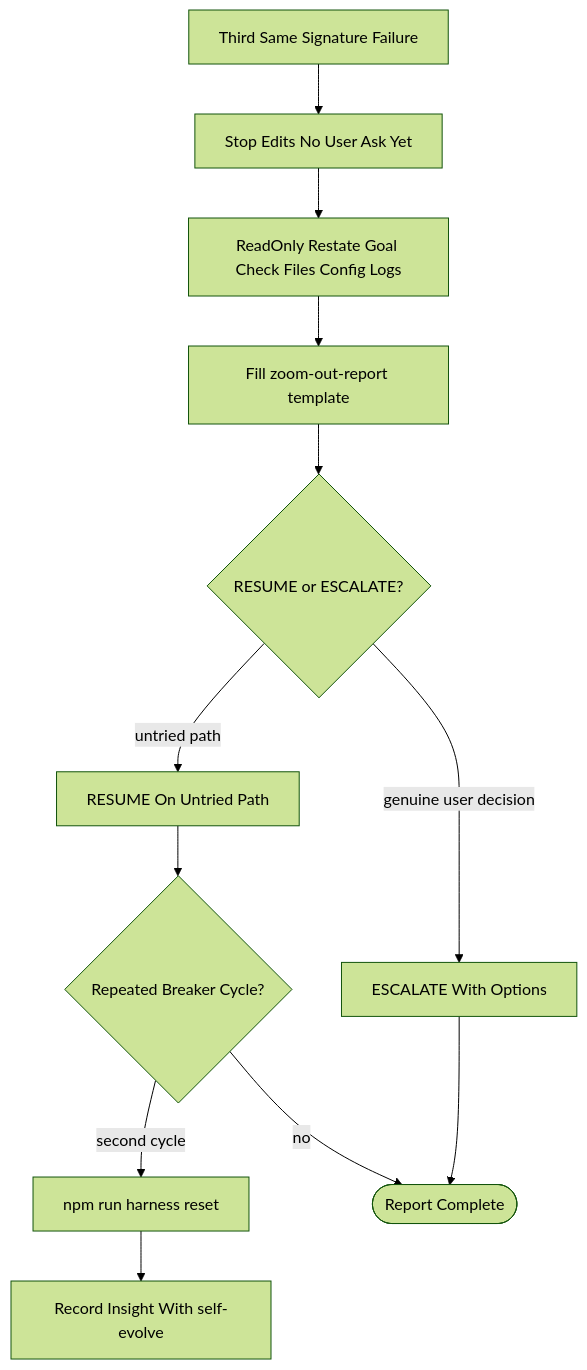
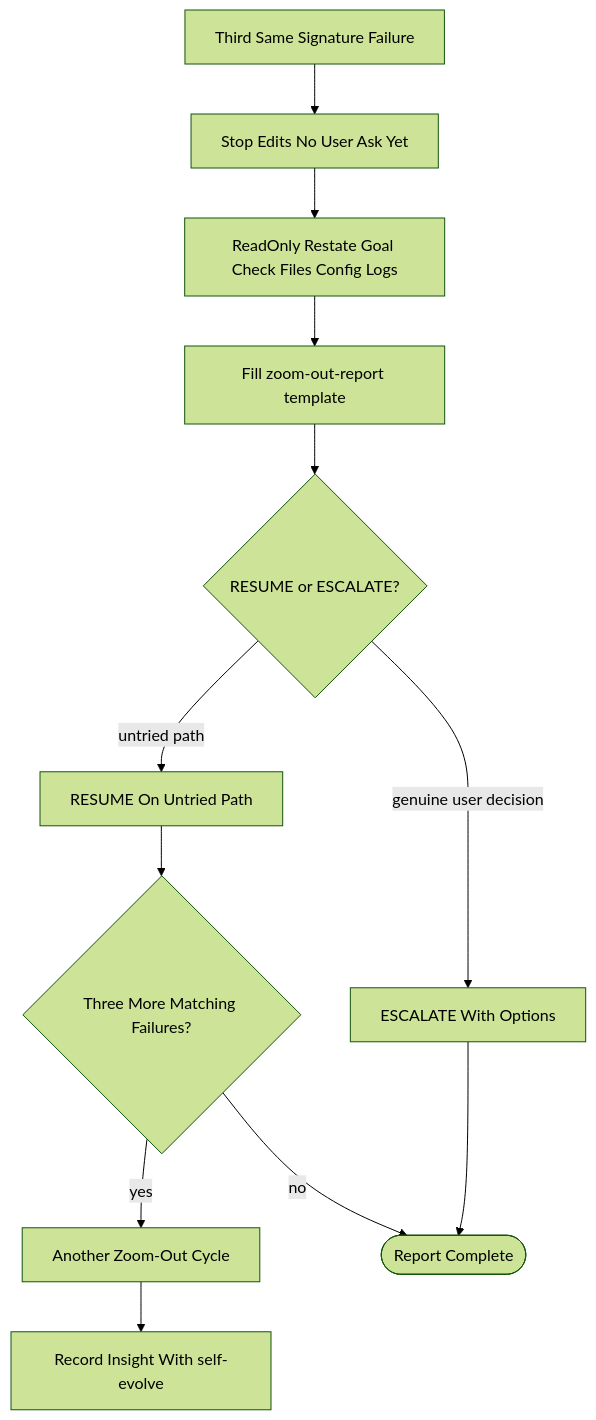
One commit to dyphn1/Harness-everything changed the first of 3 diagrams in docs/workflows/zoom-out.md. Above: the diagram before and after it, drawn with Mermaid (forest theme). The commit also changed other lines of this file, not shown here.

Commit message:
docs(zoom-out): Align workflow doc with advisory re-trip contract (#201)
PR #199 fixed zoom-out/SKILL.md, its circuit-breaker reference, the
OpenCode README and the packaged copies, but docs/workflows/zoom-out.md
still described the pre-#190 escalation: a "Contract summary from
SKILL.md" that contradicted SKILL.md, both Mermaid diagrams routing a
repeated cycle into `npm run harness:reset`, and a checklist item
requiring that reset after the second cycle.

Current behavior: a valid report releases the breaker, three more
same-signature failures request another zoom-out, and `harness:reset`
is an optional manual clear rather than a required escalation step.
Summary line, both diagrams and the checklist now say that; the doc
structure and both Mermaid fences stay valid (ci/disclosure-check.js).

Claude-Session: https://claude.ai/code/session_01XTT9Jw7ibonYU1vTrUvgg3

````diff
--- a/docs/workflows/zoom-out.md
+++ b/docs/workflows/zoom-out.md
@@ -11,14 +11,14 @@
 ```mermaid
 graph TD
   Third[Third Same Signature Failure] --> Stop[Stop Edits No User Ask Yet]
   Stop --> ReadOnly[ReadOnly Restate Goal Check Files Config Logs]
   ReadOnly --> Fill[Fill zoom-out-report template]
   Fill --> Decide{RESUME or ESCALATE?}
   Decide -->|untried path| Resume[RESUME On Untried Path]
   Decide -->|genuine user decision| Escalate[ESCALATE With Options]
-  Resume --> Again{Repeated Breaker Cycle?}
-  Again -->|second cycle| Reset[npm run harness reset]
-  Reset --> Evolve[Record Insight With self-evolve]
+  Resume --> Again{Three More Matching Failures?}
+  Again -->|yes| Cycle[Another Zoom-Out Cycle]
+  Cycle --> Evolve[Record Insight With self-evolve]
   Again -->|no| Done([Report Complete])
   Escalate --> Done
 ```
````
